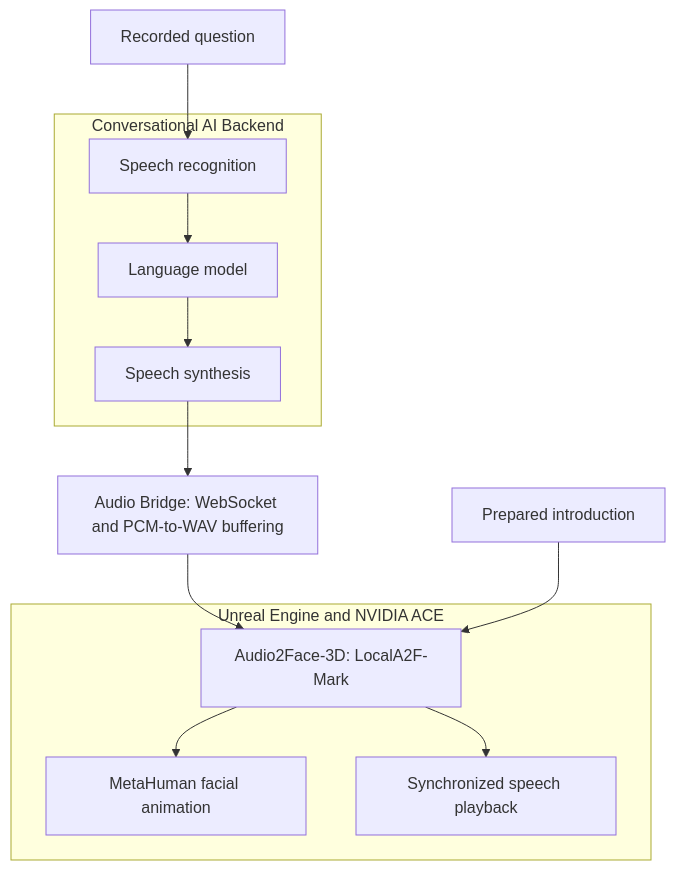
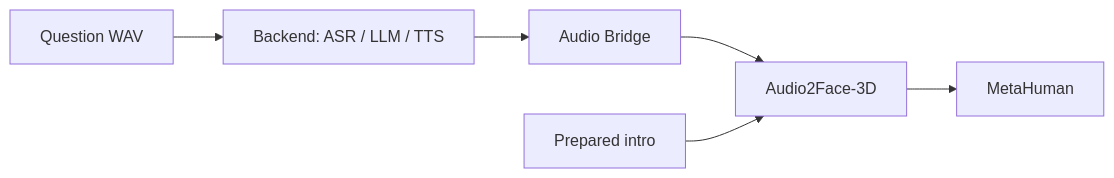
Before and after one commit to Yufei1230/conversational-ai-avatar: the diagram in README.md, drawn with Mermaid. The commit also changed other lines of this file, not shown here.

Commit message:
docs: acknowledge ace_kagawa and compact the architecture diagram

````diff
--- a/README.md
+++ b/README.md
@@ -20,15 +20,8 @@
 ```mermaid
-flowchart TB
-    INPUT["Recorded question"] --> ASR
-    subgraph BACKEND["Conversational AI Backend"]
-        ASR["Speech recognition"] --> LLM["Language model"] --> TTS["Speech synthesis"]
-    end
-    TTS --> BRIDGE["Audio Bridge: WebSocket and PCM-to-WAV buffering"]
-    subgraph ENGINE["Unreal Engine and NVIDIA ACE"]
-        A2F["Audio2Face-3D: LocalA2F-Mark"]
-        A2F --> FACE["MetaHuman facial animation"]
-        A2F --> VOICE["Synchronized speech playback"]
-    end
-    BRIDGE --> A2F
-    INTRO["Prepared introduction"] --> A2F
+flowchart LR
+    INPUT["Question WAV"] --> BACKEND["Backend: ASR / LLM / TTS"]
+    BACKEND --> BRIDGE["Audio Bridge"]
+    BRIDGE --> ACE["Audio2Face-3D"]
+    INTRO["Prepared intro"] --> ACE
+    ACE --> AVATAR["MetaHuman"]
 ```
````
